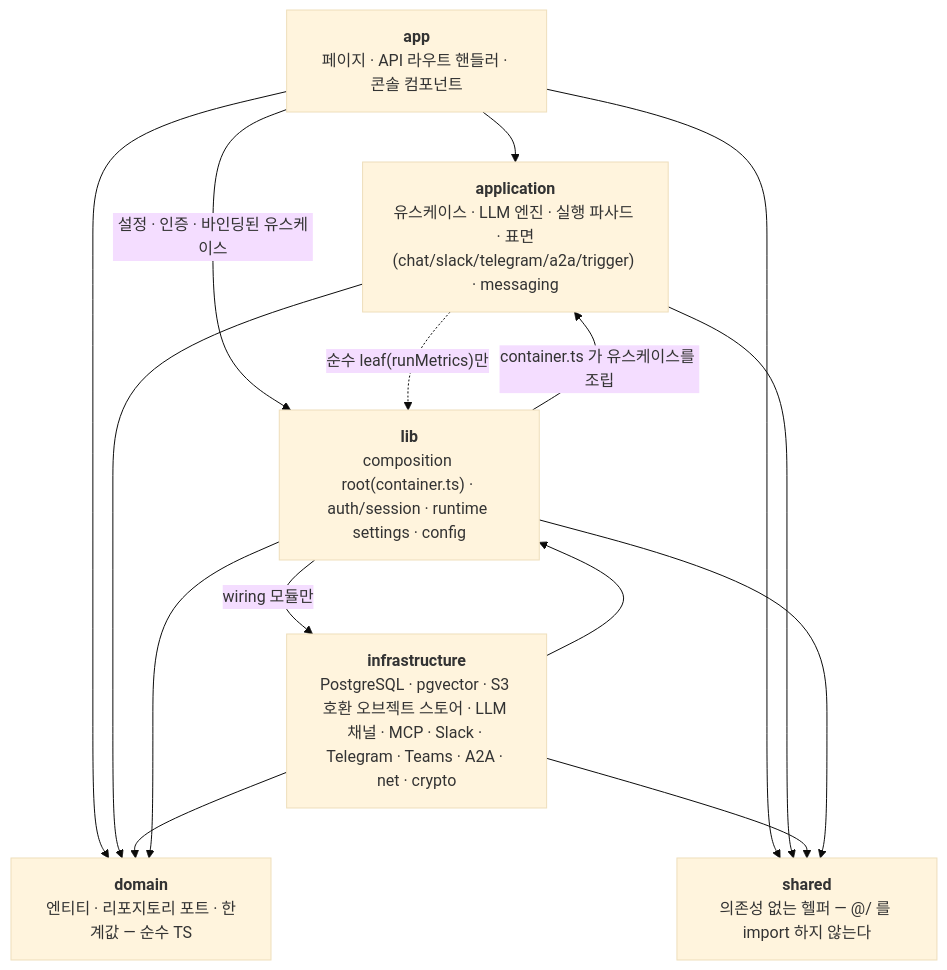
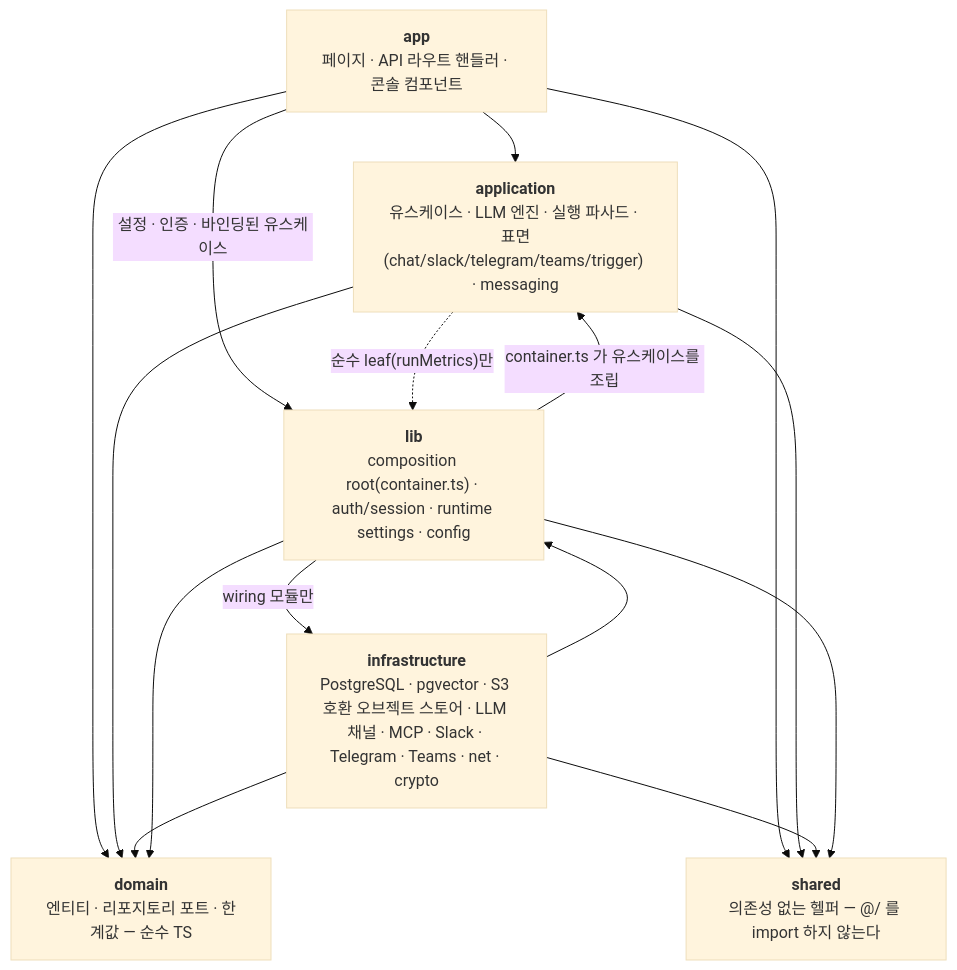
The first of 9 diagrams in docs/DIAGRAMS.md (opspresso/agent-studio), drawn with Mermaid (base theme) before and after one commit. The commit also changed other lines of this file and 18 other files, not shown here.

````diff
--- a/docs/DIAGRAMS.md
+++ b/docs/DIAGRAMS.md
@@ -11,24 +14,24 @@
 ```mermaid
 flowchart TB
   app["<b>app</b><br/>페이지 · API 라우트 핸들러 · 콘솔 컴포넌트"]
-  application["<b>application</b><br/>유스케이스 · LLM 엔진 · 실행 파사드 · 표면(chat/slack/telegram/a2a/trigger) · messaging"]
+  application["<b>application</b><br/>유스케이스 · LLM 엔진 · 실행 파사드 · 표면(chat/slack/telegram/teams/trigger) · messaging"]
   domain["<b>domain</b><br/>엔티티 · 리포지토리 포트 · 한계값 — 순수 TS"]
-  infrastructure["<b>infrastructure</b><br/>PostgreSQL · pgvector · S3 호환 오브젝트 스토어 · LLM 채널 · MCP · Slack · Telegram · Teams · A2A · net · crypto"]
+  infrastructure["<b>infrastructure</b><br/>PostgreSQL · pgvector · S3 호환 오브젝트 스토어 · LLM 채널 · MCP · Slack · Telegram · Teams · net · crypto"]
   lib["<b>lib</b><br/>composition root(container.ts) · auth/session · runtime settings · config"]
   shared["<b>shared</b><br/>의존성 없는 헬퍼 — @/ 를 import 하지 않는다"]
 
   app --> application
   app --> domain
   application --> domain
   infrastructure --> domain
   infrastructure --> lib
   app -->|"설정 · 인증 · 바인딩된 유스케이스"| lib
   lib --> domain
   lib -->|"container.ts 가 유스케이스를 조립"| application
   lib -->|"wiring 모듈만"| infrastructure
   application -.->|"순수 leaf(runMetrics)만"| lib
   app --> shared
   application --> shared
   infrastructure --> shared
   lib --> shared
 ```
````
